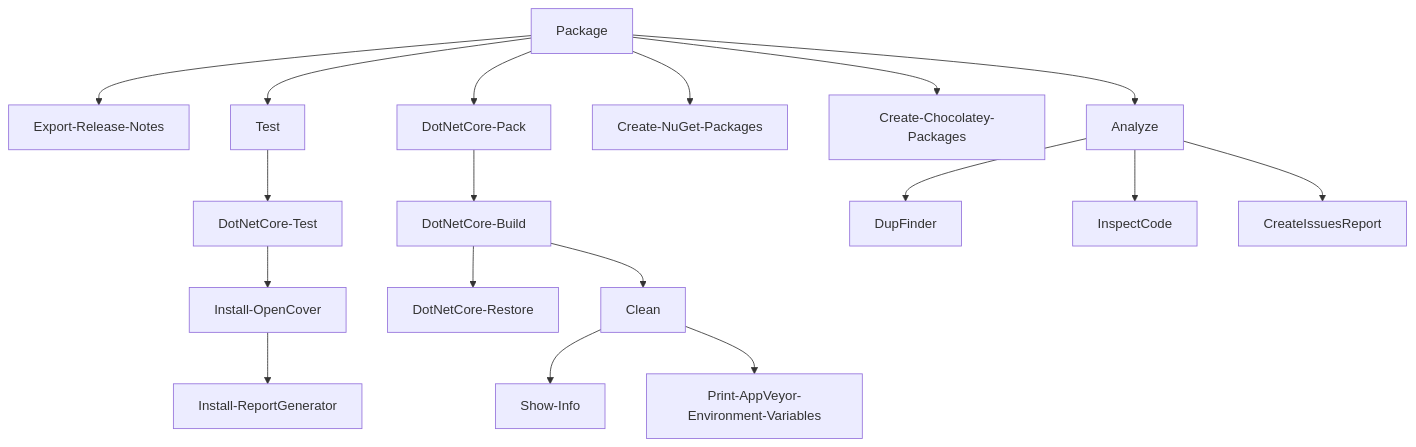
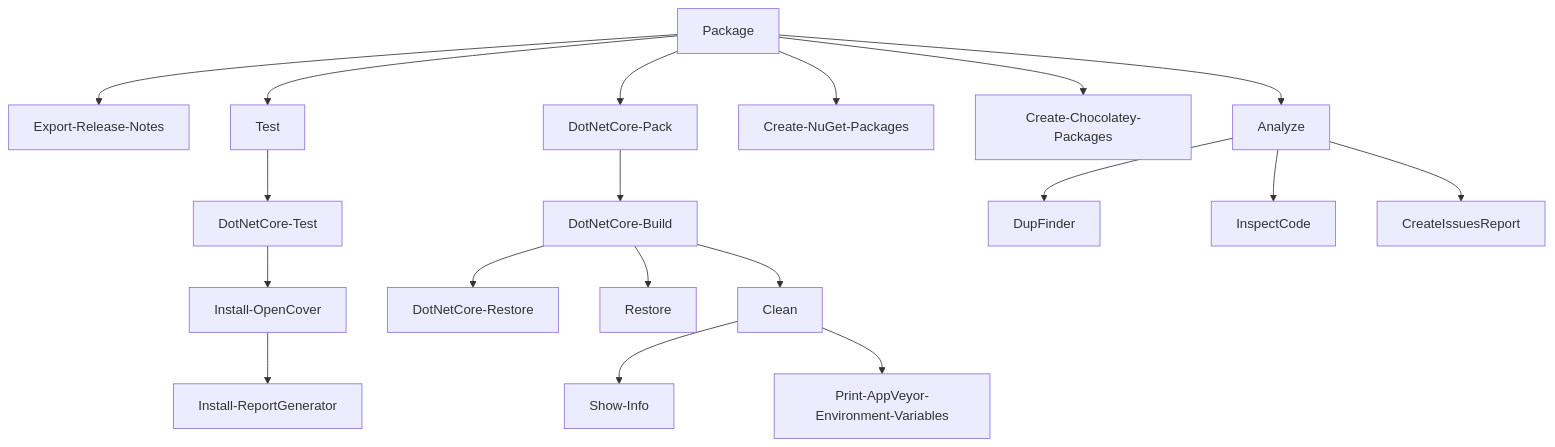
The diagram in docs/input/tasks/Package.md (michalkowal/FluentSpecification), drawn with Mermaid before and after one commit. The commit also changed 32 other files, not shown here.

```diff
--- a/docs/input/tasks/Package.md
+++ b/docs/input/tasks/Package.md
@@ -1,20 +1,21 @@
 <div class="mermaid">
 graph TD;
 Package-->Export-Release-Notes;
 Package-->Analyze;
 Package-->Test;
 Package-->Create-NuGet-Packages;
 Package-->Create-Chocolatey-Packages;
 Package-->DotNetCore-Pack;
 DotNetCore-Pack-->DotNetCore-Build;
 DotNetCore-Build-->Clean;
 DotNetCore-Build-->DotNetCore-Restore;
+DotNetCore-Build-->Restore;
 Clean-->Show-Info;
 Clean-->Print-AppVeyor-Environment-Variables;
 Test-->DotNetCore-Test;
 DotNetCore-Test-->Install-OpenCover;
 Install-OpenCover-->Install-ReportGenerator;
 Analyze-->DupFinder;
 Analyze-->InspectCode;
 Analyze-->CreateIssuesReport;
 </div>
```
